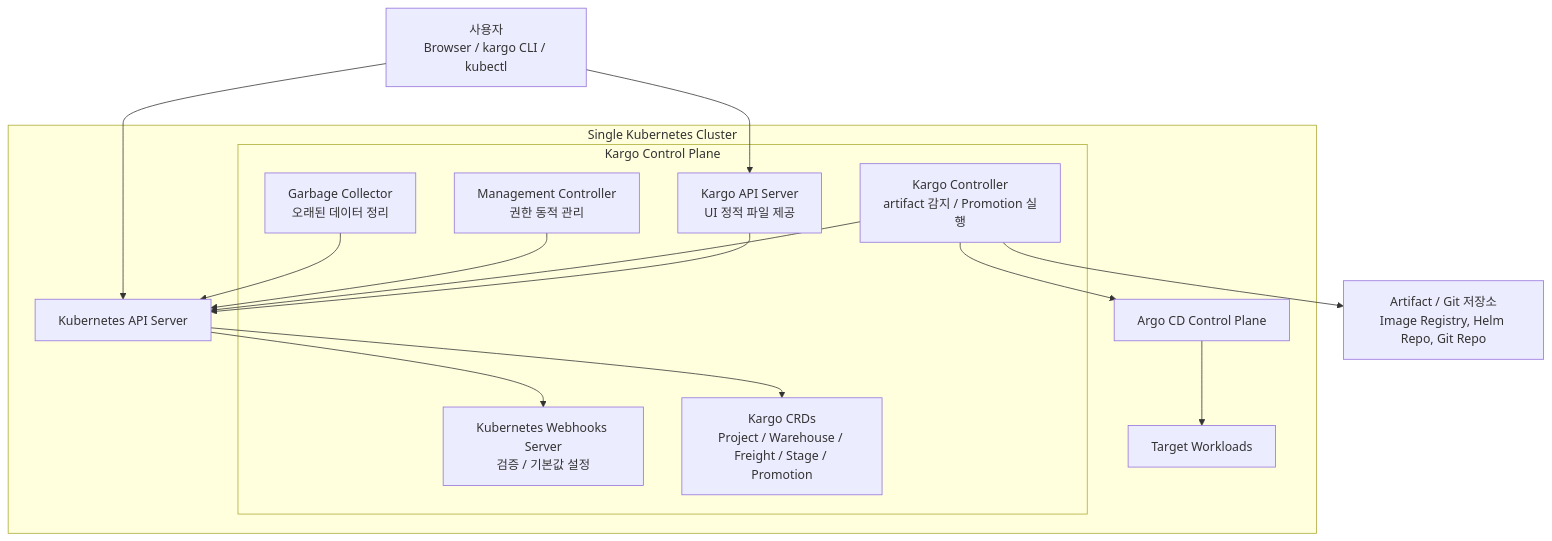
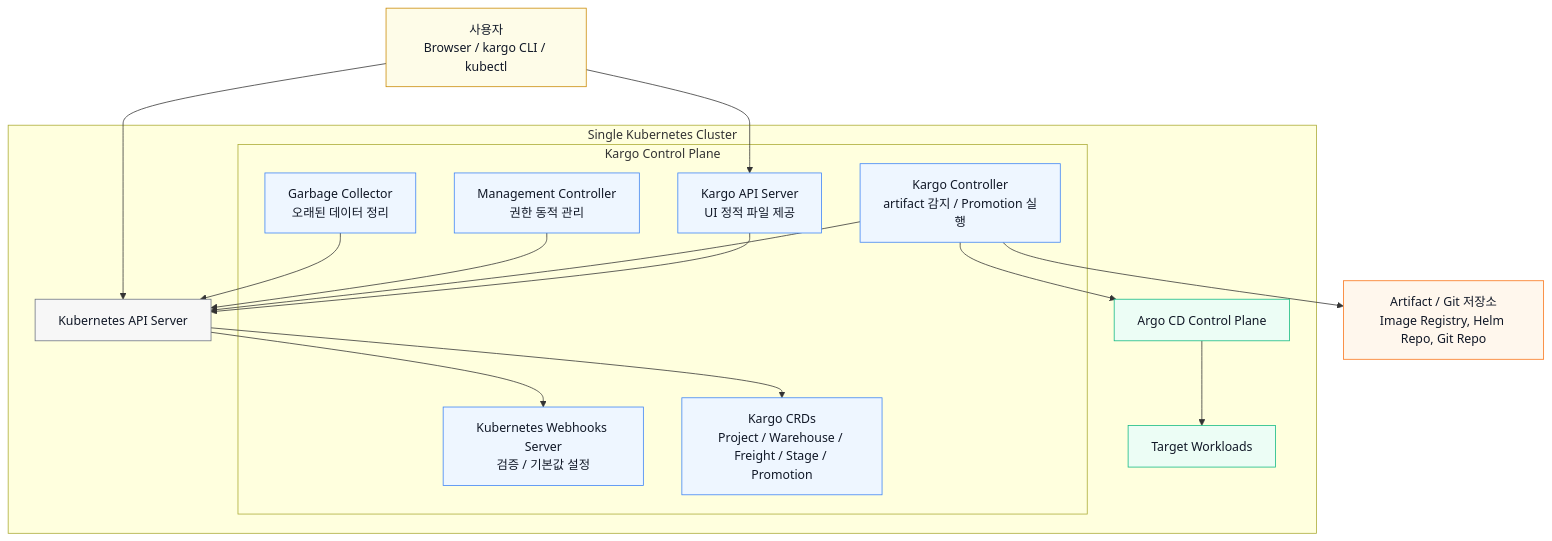
One commit to solidcellaMoon/aews-hands-on-2026 changed the first of 2 diagrams in 6-eks-cicd/README.md. Above: the diagram before and after it, drawn with Mermaid.

Commit message:
다이어그램 컬러 추가

````diff
--- a/6-eks-cicd/README.md
+++ b/6-eks-cicd/README.md
@@ -227,33 +227,45 @@
 ```mermaid
 flowchart TB
   user["사용자<br/>Browser / kargo CLI / kubectl"]
 
   subgraph cp["Single Kubernetes Cluster"]
     subgraph kargo["Kargo Control Plane"]
       api["Kargo API Server<br/>UI 정적 파일 제공"]
       ctrl["Kargo Controller<br/>artifact 감지 / Promotion 실행"]
       mgmt["Management Controller<br/>권한 동적 관리"]
       kwh["Kubernetes Webhooks Server<br/>검증 / 기본값 설정"]
       gc["Garbage Collector<br/>오래된 데이터 정리"]
       crd["Kargo CRDs<br/>Project / Warehouse / Freight / Stage / Promotion"]
     end
 
     kapi["Kubernetes API Server"]
     argocd["Argo CD Control Plane"]
     target["Target Workloads"]
   end
 
   ext["Artifact / Git 저장소<br/>Image Registry, Helm Repo, Git Repo"]
 
   user --> api
   user --> kapi
   api --> kapi
   ctrl --> kapi
   mgmt --> kapi
   gc --> kapi
   kapi --> crd
   kapi --> kwh
   ctrl --> ext
   ctrl --> argocd
   argocd --> target
+
+  classDef userStyle fill:#fefce8,stroke:#ca8a04,color:#111827
+  classDef kargoStyle fill:#eef6ff,stroke:#3b82f6,color:#111827
+  classDef k8sStyle fill:#f7f7f7,stroke:#6b7280,color:#111827
+  classDef argoStyle fill:#ecfdf5,stroke:#10b981,color:#111827
+  classDef externalStyle fill:#fff7ed,stroke:#f97316,color:#111827
+
+  class user userStyle
+  class api,ctrl,mgmt,kwh,gc,crd kargoStyle
+  class kapi k8sStyle
+  class argocd,target argoStyle
+  class ext externalStyle
 ```
````
